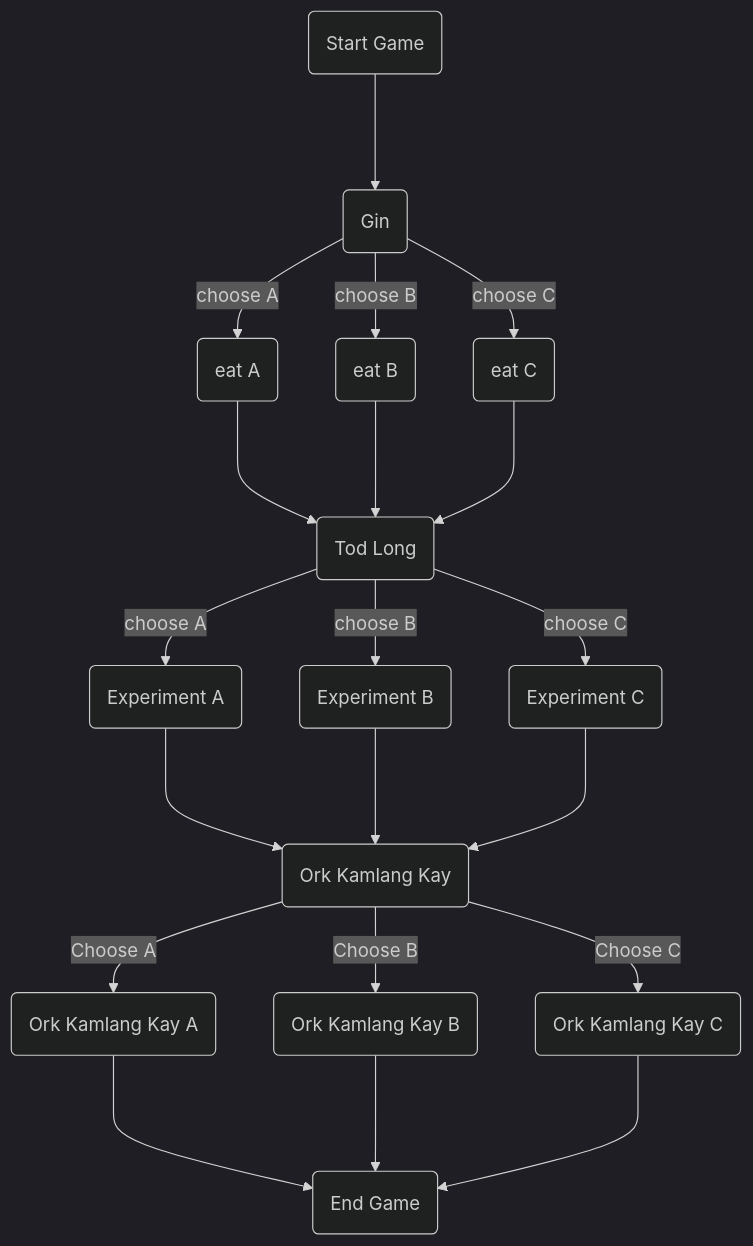
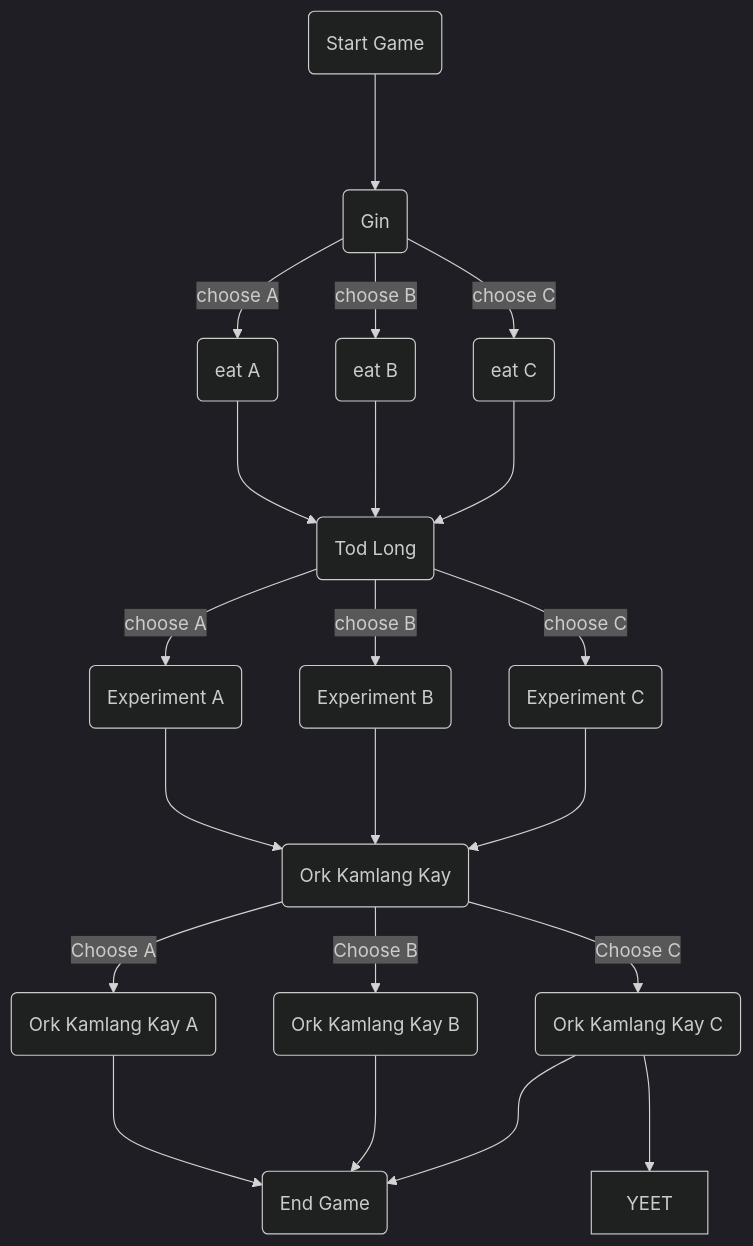
Before and after one commit to SSProgamer/ISS-Project: the diagram in README.md, drawn with Mermaid (dark theme).

````diff
--- a/README.md
+++ b/README.md
@@ -3,25 +3,26 @@
 ``` mermaid
 flowchart TB
 endgame(End Game)
 startgame(Start Game) ---> gin(Gin)
 gin-- choose A --> gina(eat A)
 gin-- choose B --> ginb(eat B)
 gin-- choose C --> ginc(eat C)
 todlong(Tod Long)
 gina ---> todlong
 ginb ---> todlong
 ginc ---> todlong
 todlong -- choose A --> toda(Experiment A)
 todlong -- choose B --> todb(Experiment B)
 todlong -- choose C --> todc(Experiment C)
 ork(Ork Kamlang Kay)
 toda ---> ork
 todb ---> ork
 todc ---> ork
 ork -- Choose A --> orka(Ork Kamlang Kay A)
 ork -- Choose B --> orkb(Ork Kamlang Kay B)
 ork -- Choose C --> orkc(Ork Kamlang Kay C)
 orka ---> endgame
 orkb ---> endgame
 orkc ---> endgame
+orkc ---> YEET
 ```
````
